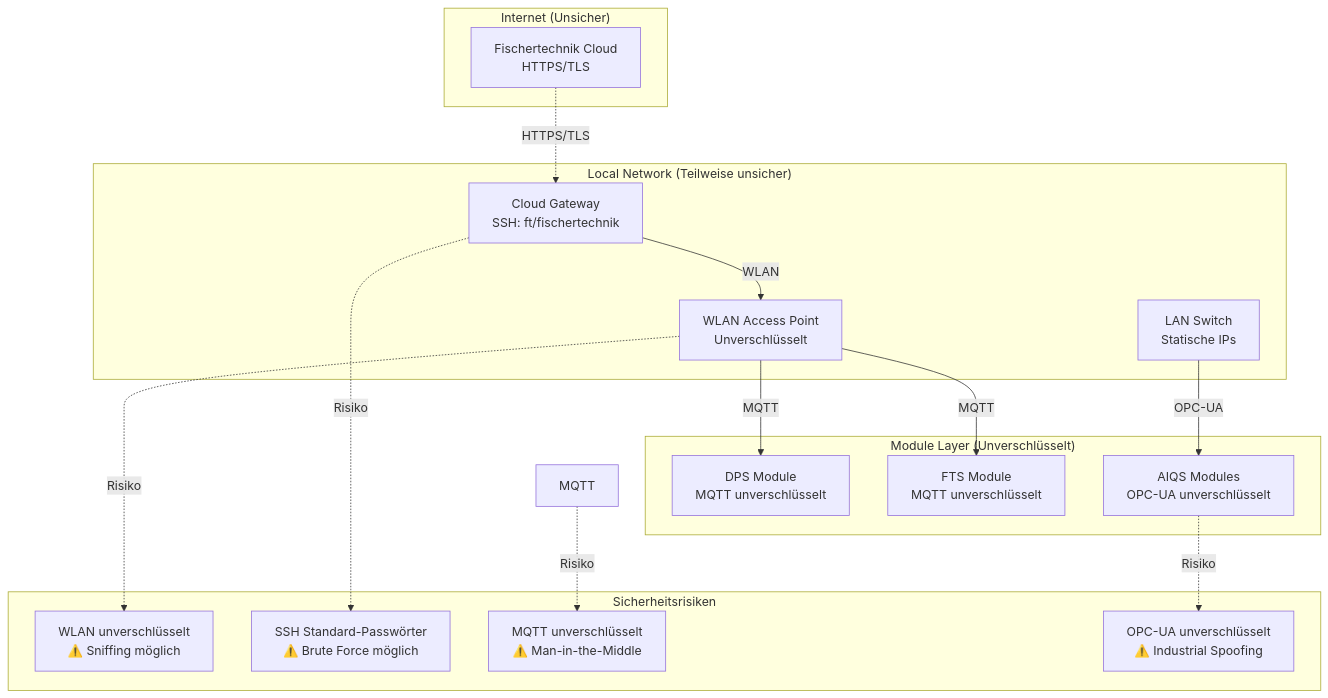
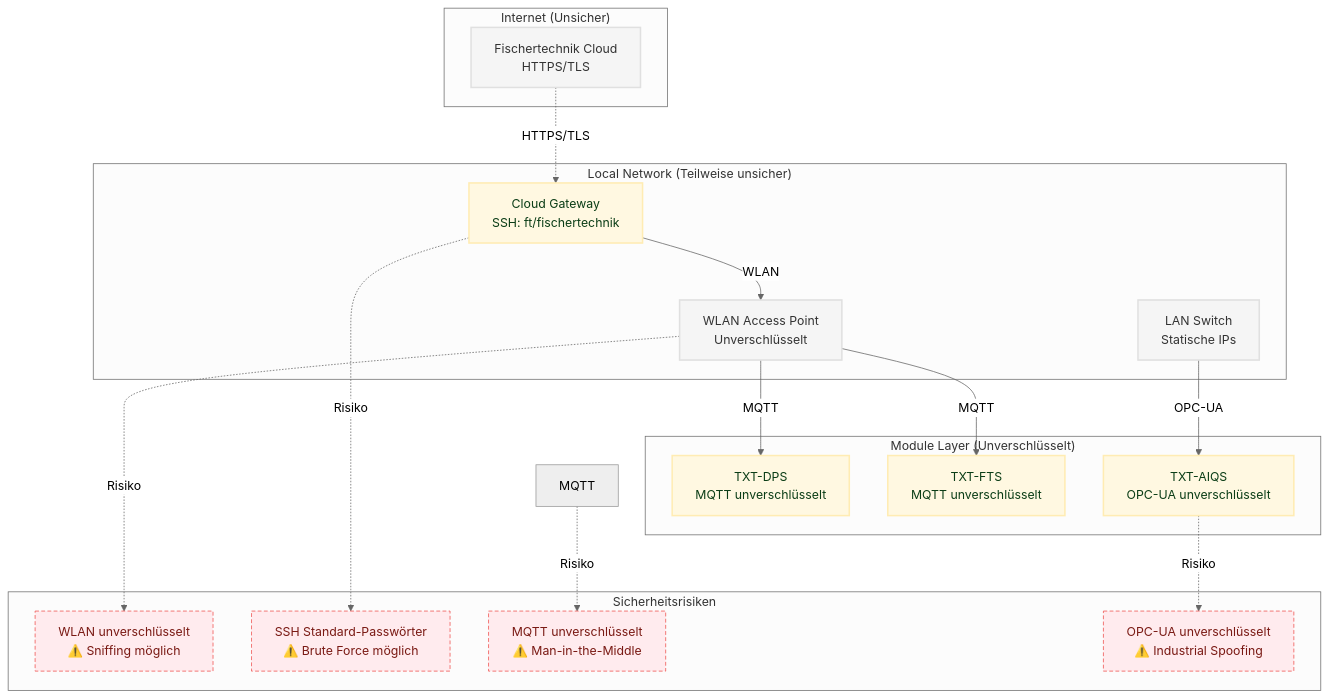
One commit to OliverBerger-ORBIS/ORBIS-Modellfabrik changed the fourth of 4 diagrams in docs/02-architecture/aps-data-flow.md. Above: the diagram before and after it, drawn with Mermaid. The commit also changed other lines of this file and 12 other files, not shown here.

````diff
--- a/docs/02-architecture/aps-data-flow.md
+++ b/docs/02-architecture/aps-data-flow.md
@@ -157,36 +178,43 @@
 ```mermaid
+%%{init: {'theme':'neutral'}}%%
 graph TB
+classDef orbis fill:#e3f2fd,stroke:#bbdefb,stroke-width:2px,color:#0b2e59;
+classDef fthardware fill:#fff8e1,stroke:#ffecb3,stroke-width:2px,color:#0b3d16;
+classDef ftsoftware fill:#ffebee,stroke:#ffcdd2,stroke-width:2px,color:#7a1a14;
+classDef external fill:#f5f5f5,stroke:#e0e0e0,stroke-width:2px,color:#333;
+classDef risk fill:#ffebee,stroke:#ef5350,stroke-dasharray: 5 3,color:#7a1a14;
+
     subgraph "Internet (Unsicher)"
-        FTC[Fischertechnik Cloud<br/>HTTPS/TLS]
+        FTC[Fischertechnik Cloud<br/>HTTPS/TLS]:::external
     end
     
     subgraph "Local Network (Teilweise unsicher)"
-        CG[Cloud Gateway<br/>SSH: ft/fischertechnik]
-        WLAN[WLAN Access Point<br/>Unverschlüsselt]
-        LAN[LAN Switch<br/>Statische IPs]
+        CG[Cloud Gateway<br/>SSH: ft/fischertechnik]:::fthardware
+        WLAN[WLAN Access Point<br/>Unverschlüsselt]:::external
+        LAN[LAN Switch<br/>Statische IPs]:::external
     end
     
     subgraph "Module Layer (Unverschlüsselt)"
-        DPS[DPS Module<br/>MQTT unverschlüsselt]
-        FTS[FTS Module<br/>MQTT unverschlüsselt]
-        AIQS[AIQS Modules<br/>OPC-UA unverschlüsselt]
+        DPS[TXT-DPS<br/>MQTT unverschlüsselt]:::fthardware
+        FTS[TXT-FTS<br/>MQTT unverschlüsselt]:::fthardware
+        AIQS[TXT-AIQS<br/>OPC-UA unverschlüsselt]:::fthardware
     end
     
     subgraph "Sicherheitsrisiken"
-        RISK1[WLAN unverschlüsselt<br/>⚠️ Sniffing möglich]
-        RISK2[SSH Standard-Passwörter<br/>⚠️ Brute Force möglich]
-        RISK3[MQTT unverschlüsselt<br/>⚠️ Man-in-the-Middle]
-        RISK4[OPC-UA unverschlüsselt<br/>⚠️ Industrial Spoofing]
+        RISK1[WLAN unverschlüsselt<br/>⚠️ Sniffing möglich]:::risk
+        RISK2[SSH Standard-Passwörter<br/>⚠️ Brute Force möglich]:::risk
+        RISK3[MQTT unverschlüsselt<br/>⚠️ Man-in-the-Middle]:::risk
+        RISK4[OPC-UA unverschlüsselt<br/>⚠️ Industrial Spoofing]:::risk
     end
     
     FTC -.->|HTTPS/TLS| CG
     CG -->|WLAN| WLAN
     WLAN -->|MQTT| DPS
     WLAN -->|MQTT| FTS
     LAN -->|OPC-UA| AIQS
     
     WLAN -.->|Risiko| RISK1
     CG -.->|Risiko| RISK2
     MQTT -.->|Risiko| RISK3
     AIQS -.->|Risiko| RISK4
 ```
````
